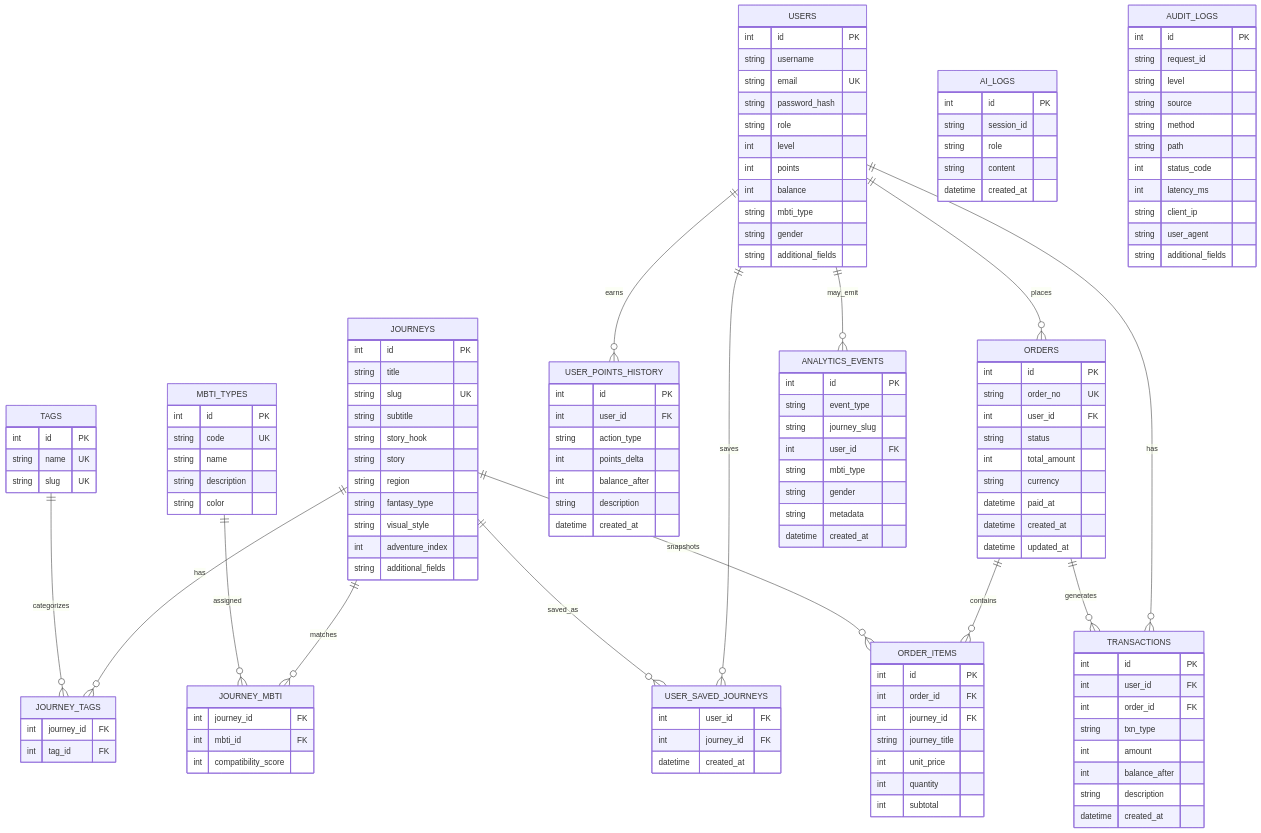
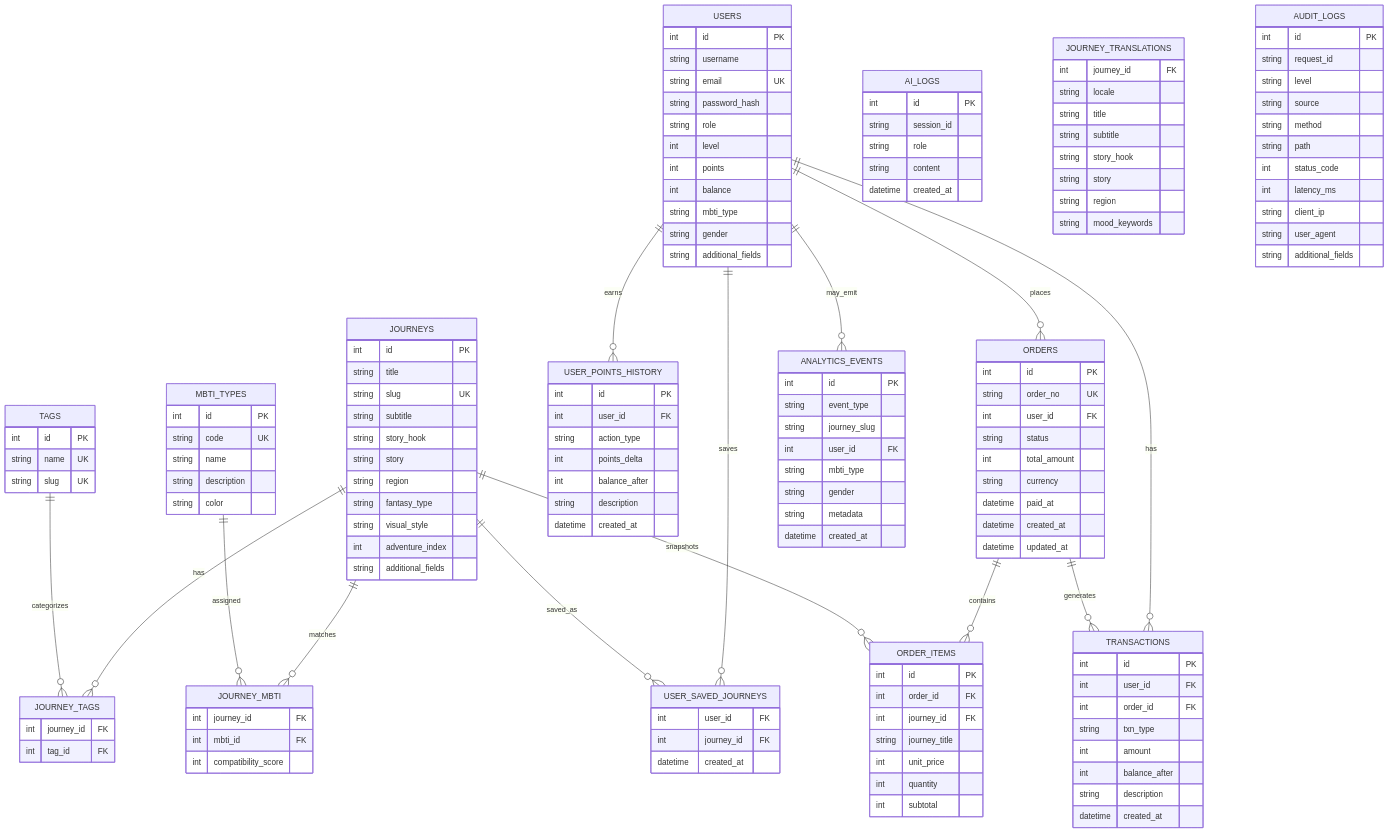
One commit to LibertychaserUS/100-journeys changed the diagram in docs/generated/database-er.mmd. Above: the diagram before and after it, drawn with Mermaid. The commit also changed 143 other files, not shown here.

```diff
--- a/docs/generated/database-er.mmd
+++ b/docs/generated/database-er.mmd
@@ -1,149 +1,160 @@
 erDiagram
     JOURNEYS ||--o{ JOURNEY_TAGS : has
     TAGS ||--o{ JOURNEY_TAGS : categorizes
     JOURNEYS ||--o{ JOURNEY_MBTI : matches
     MBTI_TYPES ||--o{ JOURNEY_MBTI : assigned
     USERS ||--o{ USER_POINTS_HISTORY : earns
     USERS ||--o{ USER_SAVED_JOURNEYS : saves
     JOURNEYS ||--o{ USER_SAVED_JOURNEYS : saved_as
     USERS ||--o{ ORDERS : places
     ORDERS ||--o{ ORDER_ITEMS : contains
     JOURNEYS ||--o{ ORDER_ITEMS : snapshots
     USERS ||--o{ TRANSACTIONS : has
     ORDERS ||--o{ TRANSACTIONS : generates
     USERS ||--o{ ANALYTICS_EVENTS : may_emit
 
     JOURNEYS {
         int id PK
         string title
         string slug UK
         string subtitle
         string story_hook
         string story
         string region
         string fantasy_type
         string visual_style
         int adventure_index
         string additional_fields
     }
 
     TAGS {
         int id PK
         string name UK
         string slug UK
     }
 
     JOURNEY_TAGS {
         int journey_id FK
         int tag_id FK
     }
 
     MBTI_TYPES {
         int id PK
         string code UK
         string name
         string description
         string color
     }
 
     JOURNEY_MBTI {
         int journey_id FK
         int mbti_id FK
         int compatibility_score
     }
 
     AI_LOGS {
         int id PK
         string session_id
         string role
         string content
         datetime created_at
+    }
+
+    JOURNEY_TRANSLATIONS {
+        int journey_id FK
+        string locale
+        string title
+        string subtitle
+        string story_hook
+        string story
+        string region
+        string mood_keywords
     }
 
     USERS {
         int id PK
         string username
         string email UK
         string password_hash
         string role
         int level
         int points
         int balance
         string mbti_type
         string gender
         string additional_fields
     }
 
     USER_POINTS_HISTORY {
         int id PK
         int user_id FK
         string action_type
         int points_delta
         int balance_after
         string description
         datetime created_at
     }
 
     USER_SAVED_JOURNEYS {
         int user_id FK
         int journey_id FK
         datetime created_at
     }
 
     ORDERS {
         int id PK
         string order_no UK
         int user_id FK
         string status
         int total_amount
         string currency
         datetime paid_at
         datetime created_at
         datetime updated_at
     }
 
     ORDER_ITEMS {
         int id PK
         int order_id FK
         int journey_id FK
         string journey_title
         int unit_price
         int quantity
         int subtotal
     }
 
     TRANSACTIONS {
         int id PK
         int user_id FK
         int order_id FK
         string txn_type
         int amount
         int balance_after
         string description
         datetime created_at
     }
 
     ANALYTICS_EVENTS {
         int id PK
         string event_type
         string journey_slug
         int user_id FK
         string mbti_type
         string gender
         string metadata
         datetime created_at
     }
 
     AUDIT_LOGS {
         int id PK
         string request_id
         string level
         string source
         string method
         string path
         int status_code
         int latency_ms
         string client_ip
         string user_agent
         string additional_fields
     }
```
